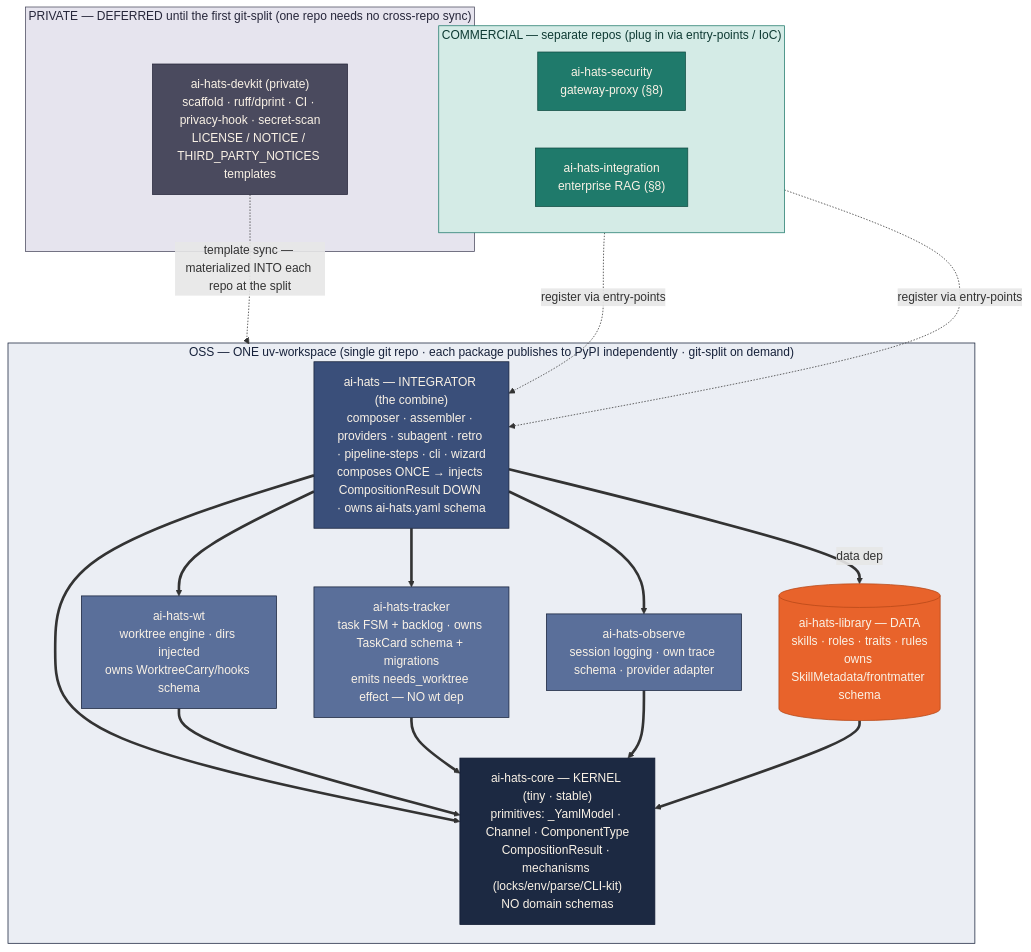
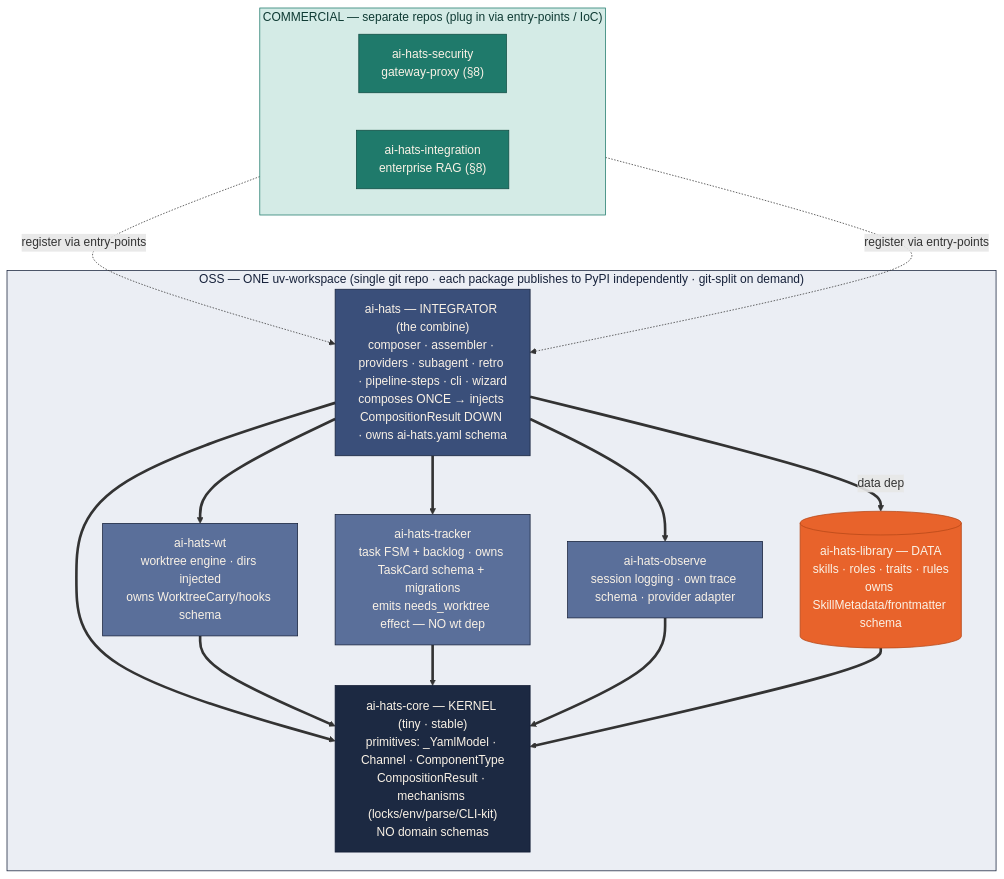
Before and after one commit to muratovv/ai-hats: the second of 5 diagrams in docs/adr/0014-composable-component-decomposition.md, drawn with Mermaid. The commit also changed other lines of this file, not shown here.

Commit message:
misc/adr: remove devkit, add dependency + layout diagrams (HATS-858)

````diff
--- a/docs/adr/0014-composable-component-decomposition.md
+++ b/docs/adr/0014-composable-component-decomposition.md
@@ -115,51 +155,43 @@
 ```mermaid
 flowchart TB
     subgraph WS["OSS — ONE uv-workspace (single git repo · each package publishes to PyPI independently · git-split on demand)"]
         AIHATS["ai-hats — INTEGRATOR (the combine)<br/>composer · assembler · providers · subagent · retro · pipeline-steps · cli · wizard<br/>composes ONCE → injects CompositionResult DOWN · owns ai-hats.yaml schema"]
         WT["ai-hats-wt<br/>worktree engine · dirs injected<br/>owns WorktreeCarry/hooks schema"]
         TRACK["ai-hats-tracker<br/>task FSM + backlog · owns TaskCard schema + migrations<br/>emits needs_worktree effect — NO wt dep"]
         OBS["ai-hats-observe<br/>session logging · own trace schema · provider adapter"]
         LIB[("ai-hats-library — DATA<br/>skills · roles · traits · rules<br/>owns SkillMetadata/frontmatter schema")]
         CORE["ai-hats-core — KERNEL (tiny · stable)<br/>primitives: _YamlModel · Channel · ComponentType<br/>CompositionResult · mechanisms (locks/env/parse/CLI-kit)<br/>NO domain schemas"]
 
         AIHATS ==> WT
         AIHATS ==> TRACK
         AIHATS ==> OBS
         AIHATS ==>|"data dep"| LIB
         AIHATS ==> CORE
         WT ==> CORE
         TRACK ==> CORE
         OBS ==> CORE
         LIB ==> CORE
     end
 
     subgraph COMM["COMMERCIAL — separate repos (plug in via entry-points / IoC)"]
         direction LR
         SEC["ai-hats-security<br/>gateway-proxy (§8)"]
         INT["ai-hats-integration<br/>enterprise RAG (§8)"]
     end
 
-    subgraph DEV["PRIVATE — DEFERRED until the first git-split (one repo needs no cross-repo sync)"]
-        DEVKIT["ai-hats-devkit (private)<br/>scaffold · ruff/dprint · CI · privacy-hook · secret-scan<br/>LICENSE / NOTICE / THIRD_PARTY_NOTICES templates"]
-    end
-
     SEC -.->|"register via entry-points"| AIHATS
     INT -.->|"register via entry-points"| AIHATS
-    DEVKIT -.->|"template sync — materialized INTO each repo at the split"| WS
 
     classDef integ fill:#3a4f7a,stroke:#16213a,color:#faf2e6;
     classDef module fill:#5a6f9a,stroke:#16213a,color:#faf2e6;
     classDef kernel fill:#1c2942,stroke:#0e1830,color:#faf2e6;
     classDef data fill:#e8632b,stroke:#b54818,color:#faf2e6;
     classDef comm fill:#1f7a6b,stroke:#114c43,color:#faf2e6;
-    classDef devkit fill:#4a4a5e,stroke:#26263a,color:#faf2e6;
     class AIHATS integ;
     class WT,TRACK,OBS module;
     class CORE kernel;
     class LIB data;
     class SEC,INT comm;
-    class DEVKIT devkit;
     style WS fill:#ebeef4,stroke:#16213a,color:#16213a;
     style COMM fill:#d4ebe6,stroke:#1f7a6b,color:#0e3a33;
-    style DEV fill:#e6e4ee,stroke:#4a4a5e,color:#26263a;
 ```
````
